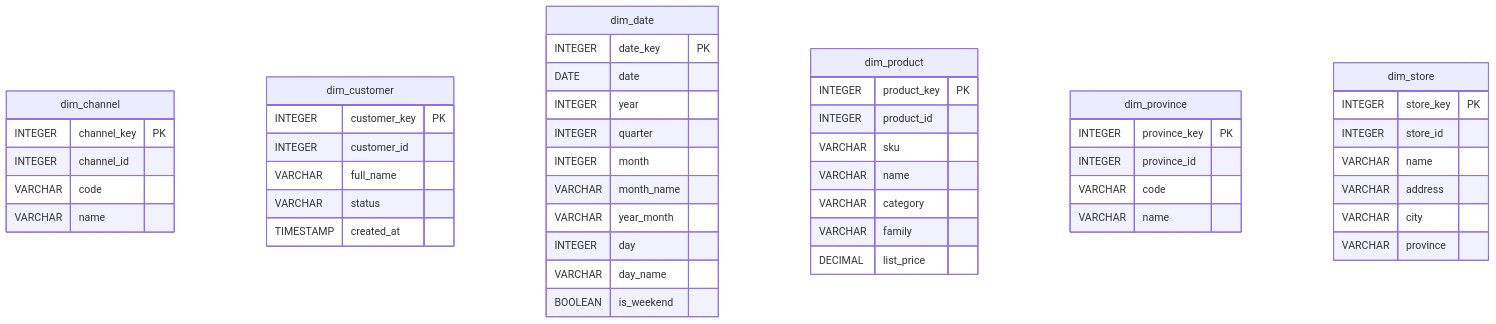
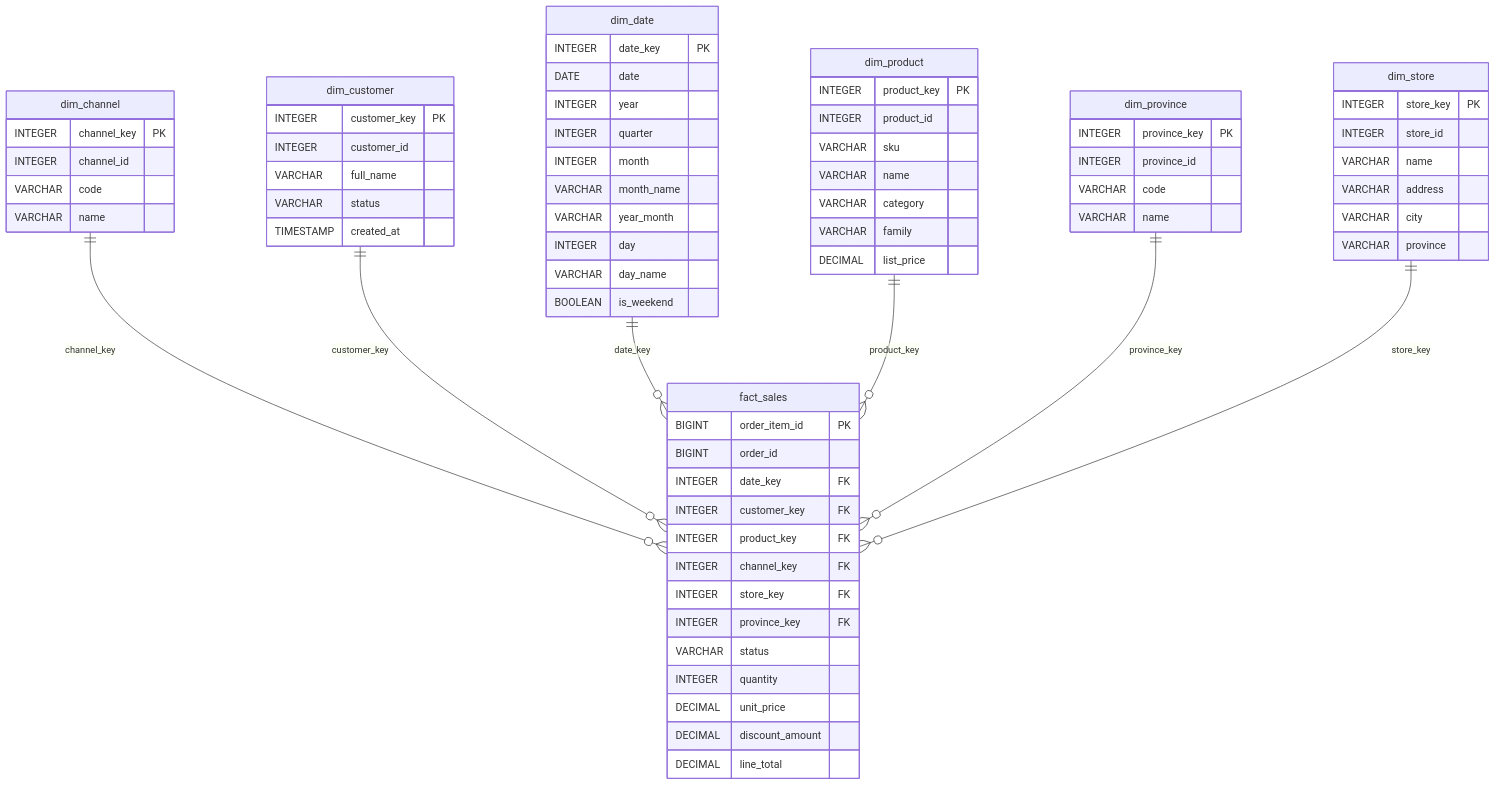
Before and after one commit to juanbrajkovic/practica-imond: the diagram in dw/modelo_estrella.md, drawn with Mermaid. The commit also changed 6 other files, not shown here.

````diff
--- a/dw/modelo_estrella.md
+++ b/dw/modelo_estrella.md
@@ -5,51 +5,72 @@
 ```mermaid
 erDiagram
+    dim_channel ||--o{ fact_sales : "channel_key"
+    dim_customer ||--o{ fact_sales : "customer_key"
+    dim_date ||--o{ fact_sales : "date_key"
+    dim_product ||--o{ fact_sales : "product_key"
+    dim_province ||--o{ fact_sales : "province_key"
+    dim_store ||--o{ fact_sales : "store_key"
     dim_channel {
         INTEGER channel_key PK
         INTEGER channel_id
         VARCHAR code
         VARCHAR name
     }
     dim_customer {
         INTEGER customer_key PK
         INTEGER customer_id
         VARCHAR full_name
         VARCHAR status
         TIMESTAMP created_at
     }
     dim_date {
         INTEGER date_key PK
         DATE date
         INTEGER year
         INTEGER quarter
         INTEGER month
         VARCHAR month_name
         VARCHAR year_month
         INTEGER day
         VARCHAR day_name
         BOOLEAN is_weekend
     }
     dim_product {
         INTEGER product_key PK
         INTEGER product_id
         VARCHAR sku
         VARCHAR name
         VARCHAR category
         VARCHAR family
         DECIMAL list_price
     }
     dim_province {
         INTEGER province_key PK
         INTEGER province_id
         VARCHAR code
         VARCHAR name
     }
     dim_store {
         INTEGER store_key PK
         INTEGER store_id
         VARCHAR name
         VARCHAR address
         VARCHAR city
         VARCHAR province
     }
+    fact_sales {
+        BIGINT order_item_id PK
+        BIGINT order_id
+        INTEGER date_key FK
+        INTEGER customer_key FK
+        INTEGER product_key FK
+        INTEGER channel_key FK
+        INTEGER store_key FK
+        INTEGER province_key FK
+        VARCHAR status
+        INTEGER quantity
+        DECIMAL unit_price
+        DECIMAL discount_amount
+        DECIMAL line_total
+    }
 ```
````
